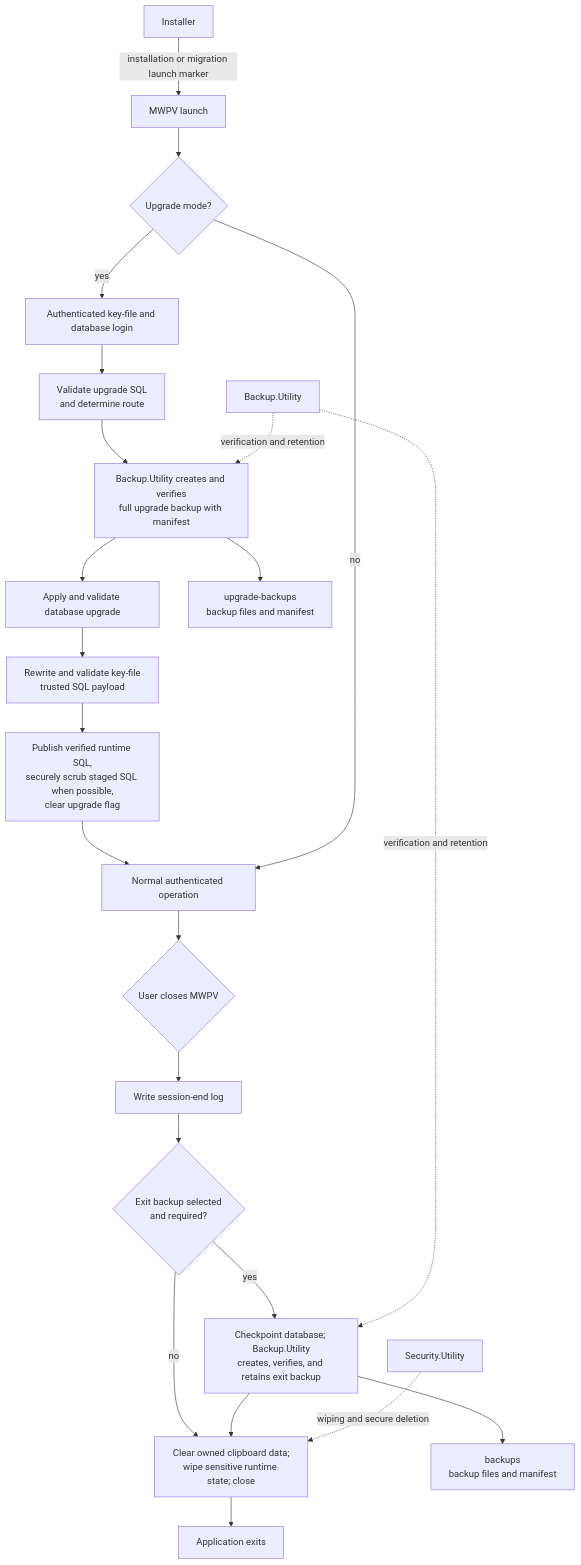
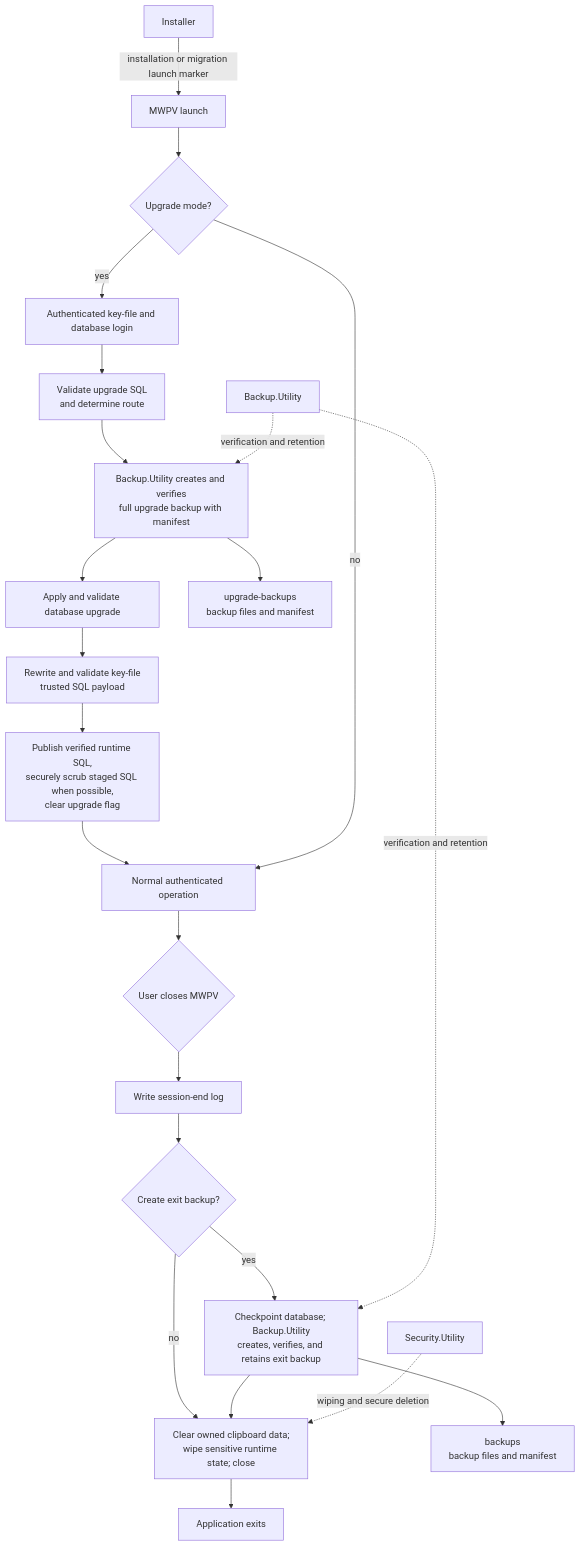
Before and after one commit to pgmrdlm/MWPV: the third of 3 diagrams in MWPV/docs/MWPV_High_Level_Flow.md, drawn with Mermaid. The commit also changed other lines of this file and 7 other files, not shown here.

````diff
--- a/MWPV/docs/MWPV_High_Level_Flow.md
+++ b/MWPV/docs/MWPV_High_Level_Flow.md
@@ -93,28 +93,28 @@
 ```mermaid
 flowchart TD
     Start["MWPV launch"] --> Mode{"Upgrade mode?"}
     Mode -->|yes| Login["Authenticated key-file and database login"]
-    Login --> UpSql["Validate upgrade SQL\nand determine route"]
-    UpSql --> UpBackup["Backup.Utility creates and verifies\nfull upgrade backup with manifest"]
+    Login --> UpSql["Validate upgrade SQL<br/>and determine route"]
+    UpSql --> UpBackup["Backup.Utility creates and verifies<br/>full upgrade backup with manifest"]
     UpBackup --> UpgradeDb["Apply and validate database upgrade"]
-    UpgradeDb --> RewriteKey["Rewrite and validate key-file\ntrusted SQL payload"]
-    RewriteKey --> Publish["Publish verified runtime SQL,\nsecurely scrub staged SQL when possible,\nclear upgrade flag"]
+    UpgradeDb --> RewriteKey["Rewrite and validate key-file<br/>trusted SQL payload"]
+    RewriteKey --> Publish["Publish verified runtime SQL,<br/>securely scrub staged SQL when possible,<br/>clear upgrade flag"]
     Publish --> Normal["Normal authenticated operation"]
 
     Mode -->|no| Normal
     Installer["Installer"] -->|installation or migration launch marker| Start
-    UpBackup --> UpgradeStore["upgrade-backups\nbackup files and manifest"]
+    UpBackup --> UpgradeStore["upgrade-backups<br/>backup files and manifest"]
 
     Normal --> Close{"User closes MWPV"}
     Close --> EndLog["Write session-end log"]
-    EndLog --> BackupChoice{"Exit backup selected\nand required?"}
-    BackupChoice -->|yes| ExitBackup["Checkpoint database; Backup.Utility\ncreates, verifies, and retains exit backup"]
+    EndLog --> BackupChoice{"Create exit backup?"}
+    BackupChoice -->|yes| ExitBackup["Checkpoint database; Backup.Utility<br/>creates, verifies, and retains exit backup"]
     BackupChoice -->|no| Cleanup
-    ExitBackup --> Cleanup["Clear owned clipboard data;\nwipe sensitive runtime state; close"]
+    ExitBackup --> Cleanup["Clear owned clipboard data;<br/>wipe sensitive runtime state; close"]
     Cleanup --> Exit["Application exits"]
 
-    ExitBackup --> ExitStore["backups\nbackup files and manifest"]
+    ExitBackup --> ExitStore["backups<br/>backup files and manifest"]
     Security["Security.Utility"] -.wiping and secure deletion.-> Cleanup
     Backup["Backup.Utility"] -.verification and retention.-> UpBackup
     Backup -.verification and retention.-> ExitBackup
 ```
````
